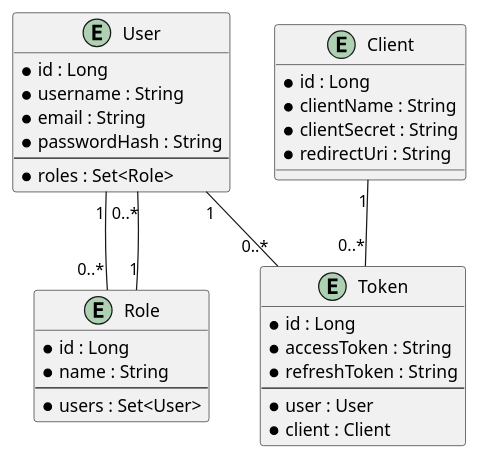
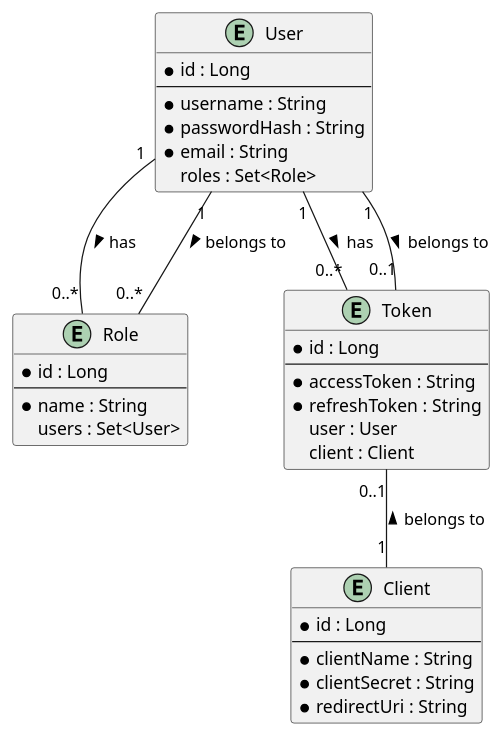
One commit to shreya-cn/autodev.ai changed the fifth of 5 diagrams in identityprovider/documentation/detaileddesign.adoc. Above: the diagram before and after it, drawn with PlantUML. The commit also changed other lines of this file and 3 other files, not shown here.

````diff
--- a/identityprovider/documentation/detaileddesign.adoc
+++ b/identityprovider/documentation/detaileddesign.adoc
@@ -392,40 +373,43 @@
-```plantuml
+[plantuml, er-diagram, png]
+----
 @startuml
-entity User {
-    * id : Long
-    * username : String
-    * email : String
-    * passwordHash : String
+entity "User" as User {
+    *id : Long
     --
-    * roles : Set<Role>
+    *username : String
+    *passwordHash : String
+    *email : String
+    roles : Set<Role>
 }
 
-entity Role {
-    * id : Long
-    * name : String
+entity "Role" as Role {
+    *id : Long
     --
-    * users : Set<User>
+    *name : String
+    users : Set<User>
 }
 
-entity Client {
-    * id : Long
-    * clientName : String
-    * clientSecret : String
-    * redirectUri : String
+entity "Client" as Client {
+    *id : Long
+    --
+    *clientName : String
+    *clientSecret : String
+    *redirectUri : String
 }
 
-entity Token {
-    * id : Long
-    * accessToken : String
-    * refreshToken : String
+entity "Token" as Token {
+    *id : Long
     --
-    * user : User
-    * client : Client
+    *accessToken : String
+    *refreshToken : String
+    user : User
+    client : Client
 }
 
-User "1" -- "0..*" Role
-Role "1" -- "0..*" User
-User "1" -- "0..*" Token
-Client "1" -- "0..*" Token
+User "1" -- "0..*" Role : has >
+Role "0..*" -- "1" User : belongs to <
+User "1" -- "0..*" Token : has >
+Token "0..1" -- "1" User : belongs to <
+Token "0..1" -- "1" Client : belongs to <
 @enduml
-```
+----
````
